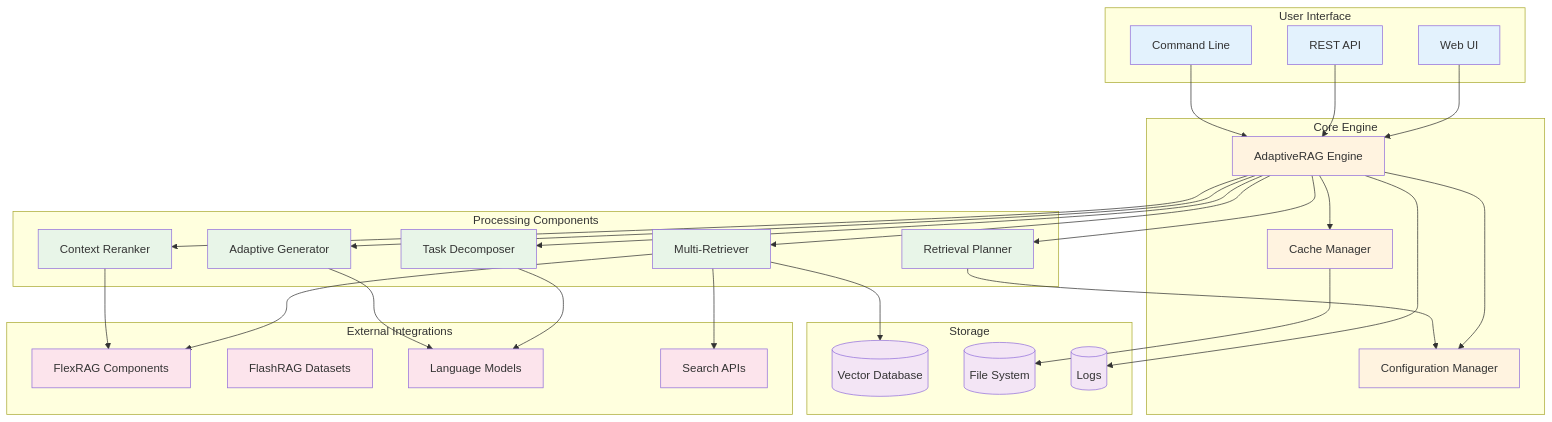
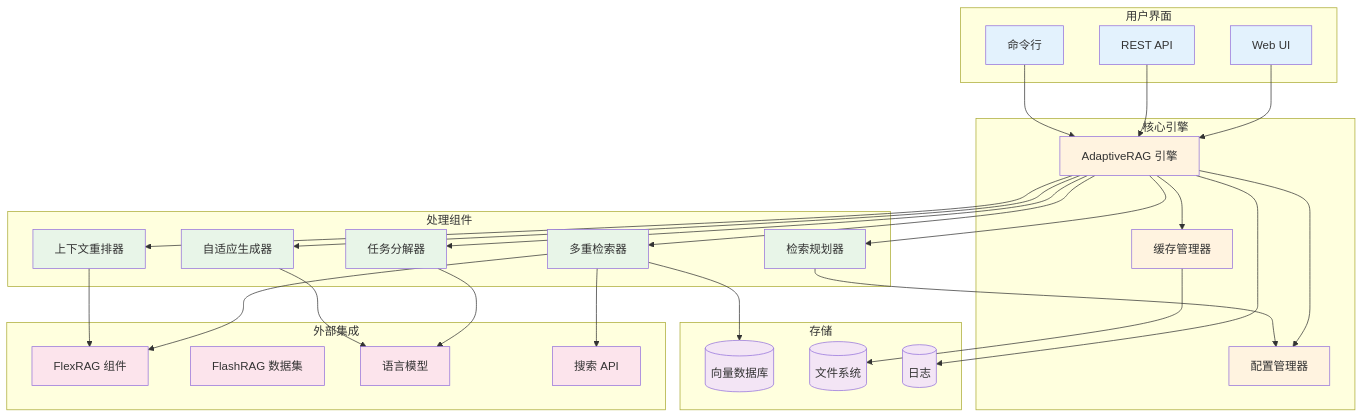
The third of 8 diagrams in docs/diagrams.md (Rito-w/adaptiverag), drawn with Mermaid before and after one commit. The commit also changed other lines of this file and 2 other files, not shown here.

````diff
--- a/docs/diagrams.md
+++ b/docs/diagrams.md
@@ -51,70 +51,70 @@
 ```mermaid
 graph TB
-    subgraph "User Interface"
+    subgraph "用户界面"
         UI[Web UI]
         API[REST API]
-        CLI[Command Line]
+        CLI[命令行]
     end
-    
-    subgraph "Core Engine"
-        Engine[AdaptiveRAG Engine]
-        Config[Configuration Manager]
-        Cache[Cache Manager]
+
+    subgraph "核心引擎"
+        Engine[AdaptiveRAG 引擎]
+        Config[配置管理器]
+        Cache[缓存管理器]
     end
-    
-    subgraph "Processing Components"
-        TD[Task Decomposer]
-        RP[Retrieval Planner]
-        MR[Multi-Retriever]
-        CR[Context Reranker]
-        AG[Adaptive Generator]
+
+    subgraph "处理组件"
+        TD[任务分解器]
+        RP[检索规划器]
+        MR[多重检索器]
+        CR[上下文重排器]
+        AG[自适应生成器]
     end
-    
-    subgraph "External Integrations"
-        FlexRAG[FlexRAG Components]
-        FlashRAG[FlashRAG Datasets]
-        LLM[Language Models]
-        Search[Search APIs]
+
+    subgraph "外部集成"
+        FlexRAG[FlexRAG 组件]
+        FlashRAG[FlashRAG 数据集]
+        LLM[语言模型]
+        Search[搜索 API]
     end
-    
-    subgraph "Storage"
-        DB[(Vector Database)]
-        FS[(File System)]
-        Logs[(Logs)]
+
+    subgraph "存储"
+        DB[(向量数据库)]
+        FS[(文件系统)]
+        Logs[(日志)]
     end
-    
+
     UI --> Engine
     API --> Engine
     CLI --> Engine
-    
+
     Engine --> Config
     Engine --> Cache
     Engine --> TD
     Engine --> RP
     Engine --> MR
     Engine --> CR
     Engine --> AG
-    
+
     TD --> LLM
     RP --> Config
     MR --> FlexRAG
     MR --> Search
     MR --> DB
     CR --> FlexRAG
     AG --> LLM
-    
+
     Cache --> FS
     Engine --> Logs
-    
+
     classDef ui fill:#e3f2fd
     classDef core fill:#fff3e0
     classDef processing fill:#e8f5e8
     classDef external fill:#fce4ec
     classDef storage fill:#f3e5f5
-    
+
     class UI,API,CLI ui
     class Engine,Config,Cache core
     class TD,RP,MR,CR,AG processing
     class FlexRAG,FlashRAG,LLM,Search external
     class DB,FS,Logs storage
 ```
````
